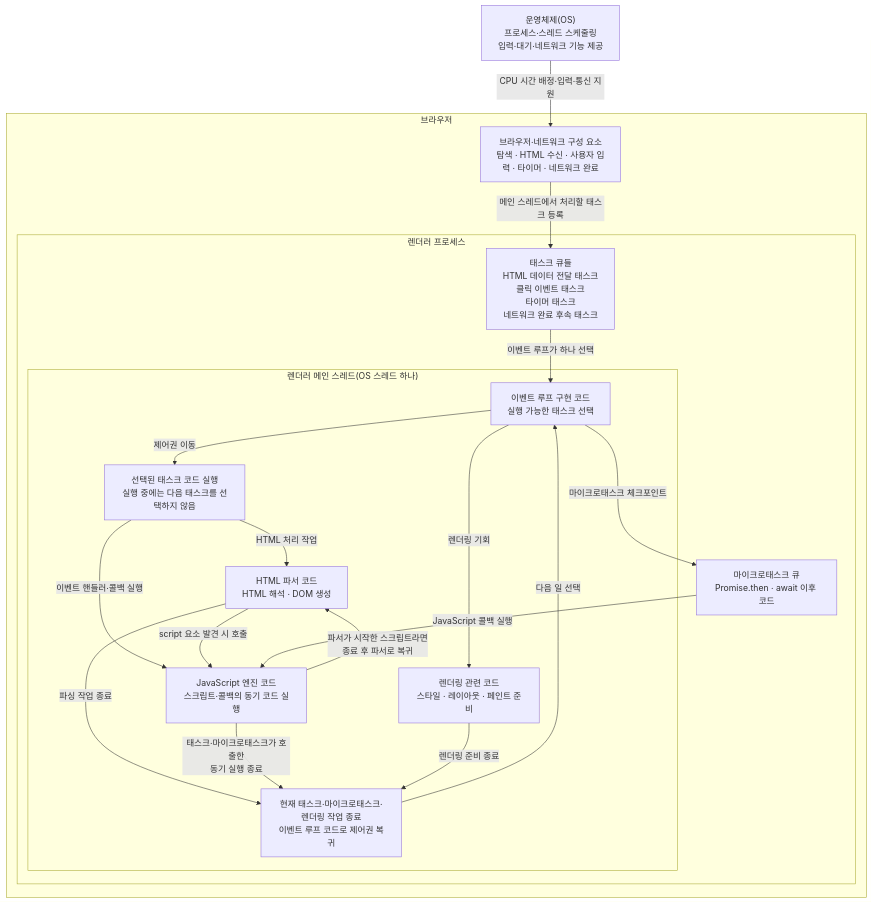
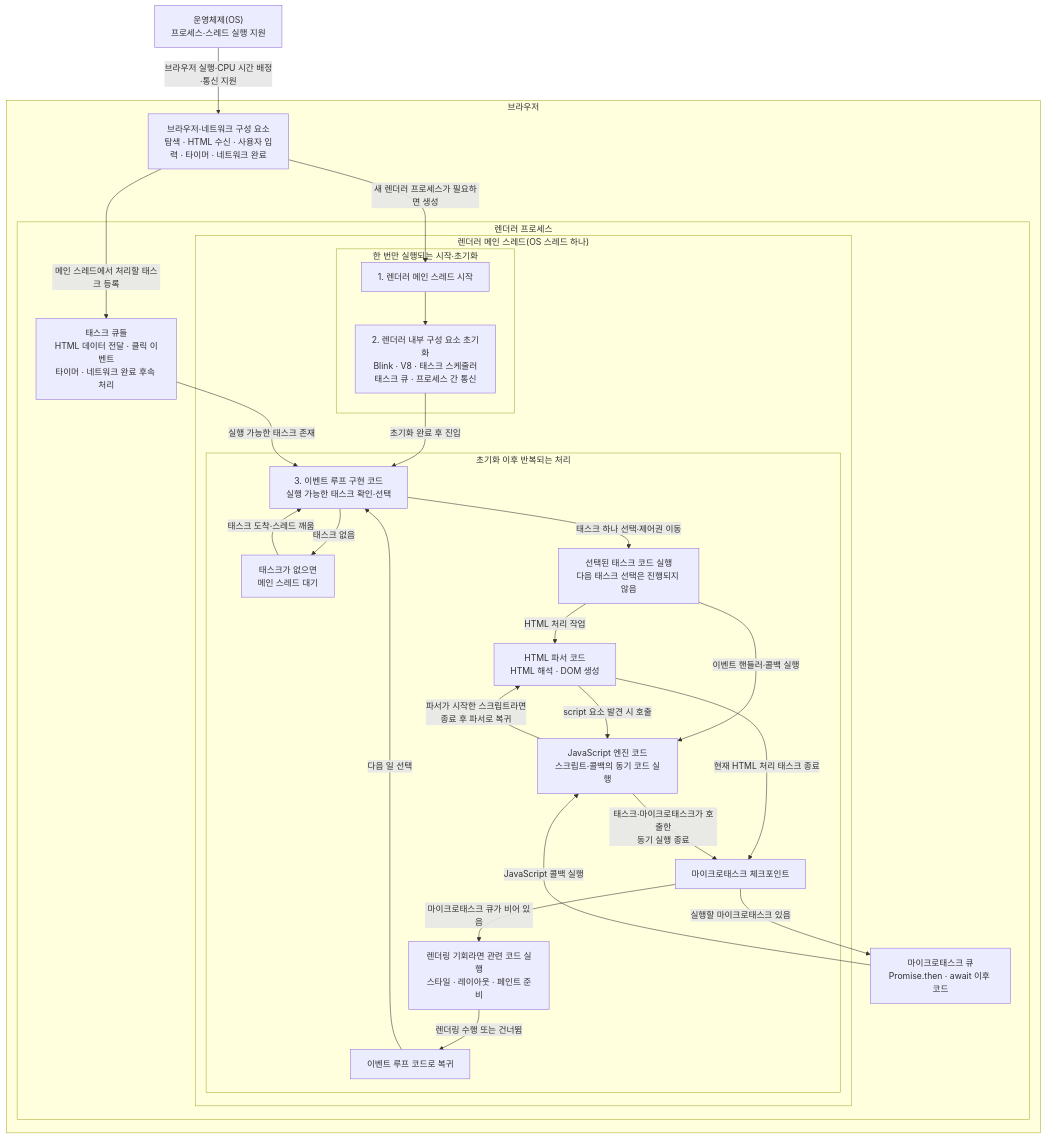
One commit to lee-gimoon/futures-paper-trading changed the diagram in docs/frontend-study/06-main-thread-call-stack-and-event-loop.md. Above: the diagram before and after it, drawn with Mermaid. The commit also changed other lines of this file, not shown here.

Commit message:
docs: show renderer startup before event loop

````diff
--- a/docs/frontend-study/06-main-thread-call-stack-and-event-loop.md
+++ b/docs/frontend-study/06-main-thread-call-stack-and-event-loop.md
@@ -19,38 +19,53 @@
 ```mermaid
 flowchart TB
-  OS["운영체제(OS)<br/>프로세스·스레드 스케줄링<br/>입력·대기·네트워크 기능 제공"]
+  OS["운영체제(OS)<br/>프로세스·스레드 실행 지원"]
 
   subgraph BROWSER["브라우저"]
     COMPONENTS["브라우저·네트워크 구성 요소<br/>탐색 · HTML 수신 · 사용자 입력 · 타이머 · 네트워크 완료"]
 
     subgraph RENDERER["렌더러 프로세스"]
-      TQ["태스크 큐들<br/>HTML 데이터 전달 태스크<br/>클릭 이벤트 태스크<br/>타이머 태스크<br/>네트워크 완료 후속 태스크"]
+      TQ["태스크 큐들<br/>HTML 데이터 전달 · 클릭 이벤트<br/>타이머 · 네트워크 완료 후속 처리"]
       MQ["마이크로태스크 큐<br/>Promise.then · await 이후 코드"]
 
       subgraph MAIN["렌더러 메인 스레드(OS 스레드 하나)"]
-        EL["이벤트 루프 구현 코드<br/>실행 가능한 태스크 선택"]
-        TASK["선택된 태스크 코드 실행<br/>실행 중에는 다음 태스크를 선택하지 않음"]
-        PARSER["HTML 파서 코드<br/>HTML 해석 · DOM 생성"]
-        JS["JavaScript 엔진 코드<br/>스크립트·콜백의 동기 코드 실행"]
-        RENDER["렌더링 관련 코드<br/>스타일 · 레이아웃 · 페인트 준비"]
-        RETURN["현재 태스크·마이크로태스크·렌더링 작업 종료<br/>이벤트 루프 코드로 제어권 복귀"]
+        subgraph ONCE["한 번만 실행되는 시작·초기화"]
+          START["1. 렌더러 메인 스레드 시작"]
+          INIT["2. 렌더러 내부 구성 요소 초기화<br/>Blink · V8 · 태스크 스케줄러<br/>태스크 큐 · 프로세스 간 통신"]
+        end
+
+        subgraph REPEAT["초기화 이후 반복되는 처리"]
+          EL["3. 이벤트 루프 구현 코드<br/>실행 가능한 태스크 확인·선택"]
+          WAIT["태스크가 없으면<br/>메인 스레드 대기"]
+          TASK["선택된 태스크 코드 실행<br/>다음 태스크 선택은 진행되지 않음"]
+          PARSER["HTML 파서 코드<br/>HTML 해석 · DOM 생성"]
+          JS["JavaScript 엔진 코드<br/>스크립트·콜백의 동기 코드 실행"]
+          CHECK["마이크로태스크 체크포인트"]
+          RENDER["렌더링 기회라면 관련 코드 실행<br/>스타일 · 레이아웃 · 페인트 준비"]
+          RETURN["이벤트 루프 코드로 복귀"]
+        end
       end
     end
   end
 
-  OS -->|"CPU 시간 배정·입력·통신 지원"| COMPONENTS
+  OS -->|"브라우저 실행·CPU 시간 배정·통신 지원"| COMPONENTS
+  COMPONENTS -->|"새 렌더러 프로세스가 필요하면 생성"| START
+  START --> INIT
+  INIT -->|"초기화 완료 후 진입"| EL
+
   COMPONENTS -->|"메인 스레드에서 처리할 태스크 등록"| TQ
-  TQ -->|"이벤트 루프가 하나 선택"| EL
-  EL -->|"제어권 이동"| TASK
+  TQ -->|"실행 가능한 태스크 존재"| EL
+  EL -->|"태스크 없음"| WAIT
+  WAIT -->|"태스크 도착·스레드 깨움"| EL
+  EL -->|"태스크 하나 선택·제어권 이동"| TASK
   TASK -->|"HTML 처리 작업"| PARSER
   TASK -->|"이벤트 핸들러·콜백 실행"| JS
   PARSER -->|"script 요소 발견 시 호출"| JS
   JS -->|"파서가 시작한 스크립트라면<br/>종료 후 파서로 복귀"| PARSER
-  EL -->|"마이크로태스크 체크포인트"| MQ
+  PARSER -->|"현재 HTML 처리 태스크 종료"| CHECK
+  JS -->|"태스크·마이크로태스크가 호출한<br/>동기 실행 종료"| CHECK
+  CHECK -->|"실행할 마이크로태스크 있음"| MQ
   MQ -->|"JavaScript 콜백 실행"| JS
-  EL -->|"렌더링 기회"| RENDER
-  PARSER -->|"파싱 작업 종료"| RETURN
-  JS -->|"태스크·마이크로태스크가 호출한<br/>동기 실행 종료"| RETURN
-  RENDER -->|"렌더링 준비 종료"| RETURN
+  CHECK -->|"마이크로태스크 큐가 비어 있음"| RENDER
+  RENDER -->|"렌더링 수행 또는 건너뜀"| RETURN
   RETURN -->|"다음 일 선택"| EL
 ```
````
